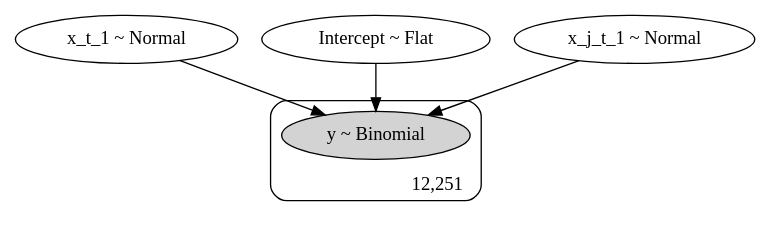
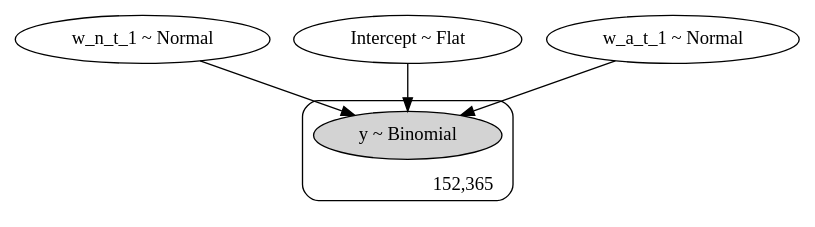
The diagram in pyindp/STAR_Model_V3_Temporal/Digraph.gv (htalebiyan/Dec2py), drawn with Graphviz before and after one commit. The commit also changed 9 other files, not shown here.

```diff
--- a/pyindp/STAR_Model_V3_Temporal/Digraph.gv
+++ b/pyindp/STAR_Model_V3_Temporal/Digraph.gv
@@ -1,12 +1,12 @@
 digraph {
-	x_t_1 [label="x_t_1 ~ Normal"]
+	subgraph "cluster152,365" {
+		y [label="y ~ Binomial" style=filled]
+		label="152,365" labeljust=r labelloc=b style=rounded
+	}
+	w_n_t_1 [label="w_n_t_1 ~ Normal"]
 	Intercept [label="Intercept ~ Flat"]
-	x_j_t_1 [label="x_j_t_1 ~ Normal"]
-	subgraph "cluster12,251" {
-		y [label="y ~ Binomial" style=filled]
-		label="12,251" labeljust=r labelloc=b style=rounded
-	}
-	x_t_1 -> y
+	w_a_t_1 [label="w_a_t_1 ~ Normal"]
+	w_n_t_1 -> y
 	Intercept -> y
-	x_j_t_1 -> y
+	w_a_t_1 -> y
 }
```
